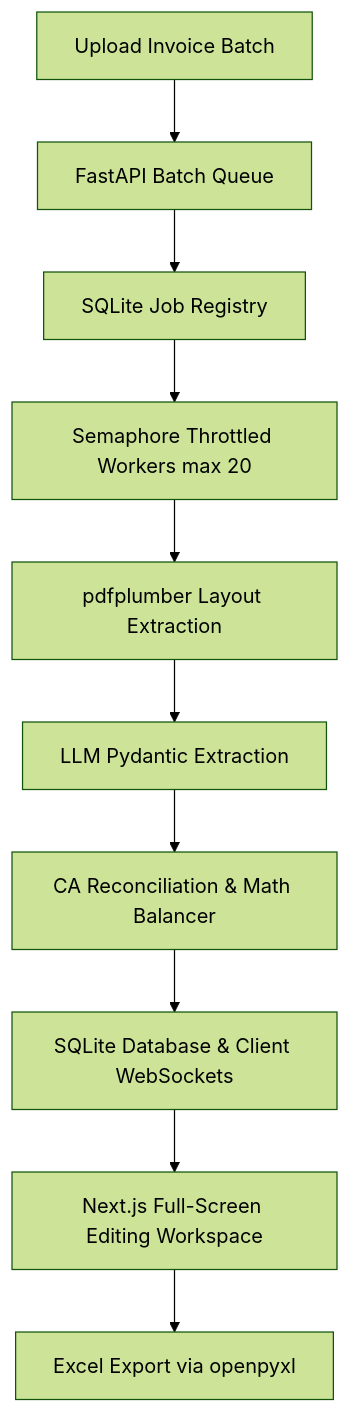
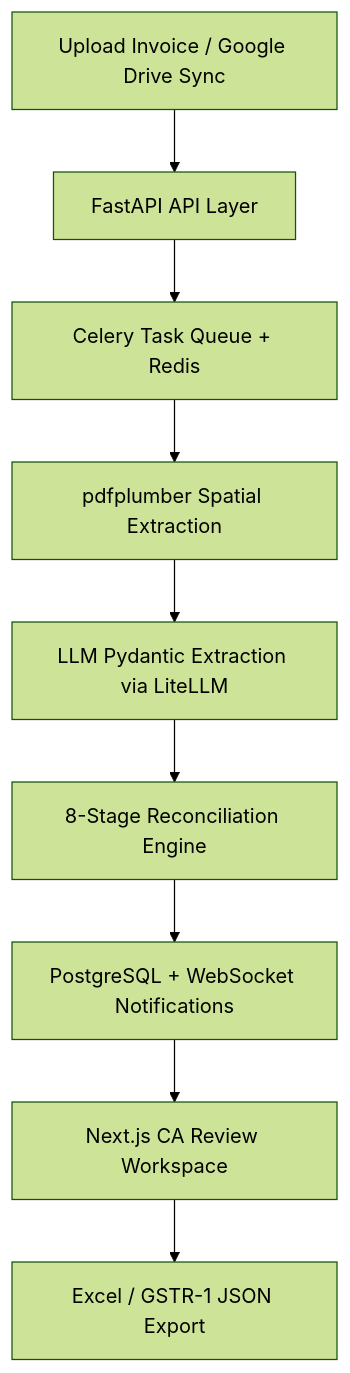
The diagram in README.md (company-avenue-advisory/AUDITOS), drawn with Mermaid (forest theme) before and after one commit. The commit also changed other lines of this file and 11 other files, not shown here.

````diff
--- a/README.md
+++ b/README.md
@@ -42,12 +63,11 @@
 ```mermaid
 graph TD
-    A[Upload Invoice Batch] --> B[FastAPI Batch Queue]
-    B --> C[SQLite Job Registry]
-    C --> D[Semaphore Throttled Workers max 20]
-    D --> E[pdfplumber Layout Extraction]
-    E --> F[LLM Pydantic Extraction]
-    F --> G[CA Reconciliation & Math Balancer]
-    G --> H[SQLite Database & Client WebSockets]
-    H --> I[Next.js Full-Screen Editing Workspace]
-    I --> J[Excel Export via openpyxl]
+    A[Upload Invoice / Google Drive Sync] --> B[FastAPI API Layer]
+    B --> C[Celery Task Queue + Redis]
+    C --> D[pdfplumber Spatial Extraction]
+    D --> E[LLM Pydantic Extraction via LiteLLM]
+    E --> F[8-Stage Reconciliation Engine]
+    F --> G[PostgreSQL + WebSocket Notifications]
+    G --> H[Next.js CA Review Workspace]
+    H --> I[Excel / GSTR-1 JSON Export]
 ```
````
